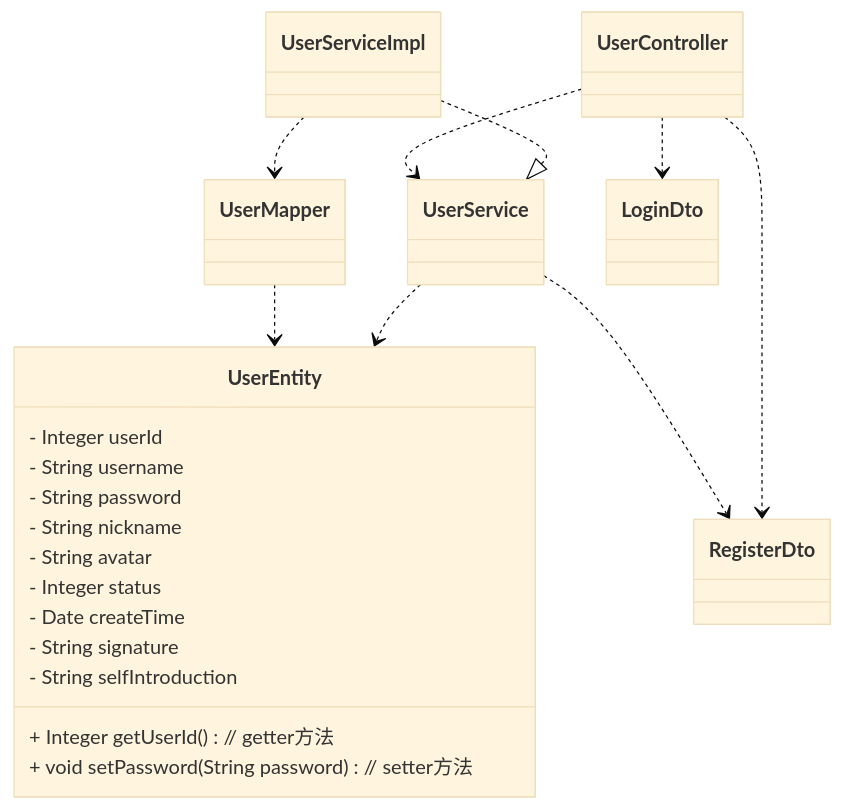
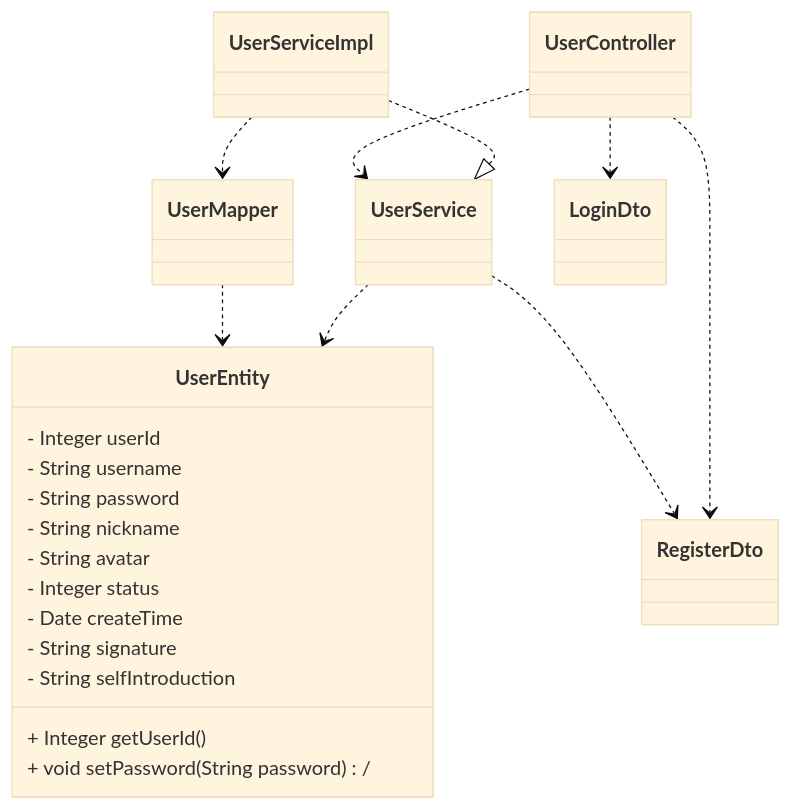
One commit to DEbalanceUX/iodraw-files changed the diagram in all/未命名-1.md. Above: the diagram before and after it, drawn with Mermaid (base theme).

Commit message:
2025-12-10 22:51:35 update

````diff
--- a/all/未命名-1.md
+++ b/all/未命名-1.md
@@ -1,32 +1,32 @@
 ```mermaid
 classDiagram
     %% 实现关系：ServiceImpl 实现 Service 接口
     UserServiceImpl ..|> UserService
     %% 依赖关系：Controller 依赖 Service / ServiceImpl 依赖 Mapper
     UserController ..> UserService
     UserServiceImpl ..> UserMapper
     %% 关联关系：核心数据载体关联
     UserService ..> UserEntity
     UserMapper ..> UserEntity
     UserController ..> LoginDto
     UserController ..> RegisterDto
     UserService ..> RegisterDto
 
     %% 用户实体类（存储用户核心数据）
     class UserEntity {
         - Integer userId       
         - String username   
         - String password       
         - String nickname
         - String avatar
         - Integer status
         - Date createTime
         - String signature
         - String selfIntroduction 
-        + Integer getUserId()  // getter方法
-        + void setPassword(String password) // setter方法
+        + Integer getUserId()
+        + void setPassword(String password) /
     }
 
 
     
 ```
````
